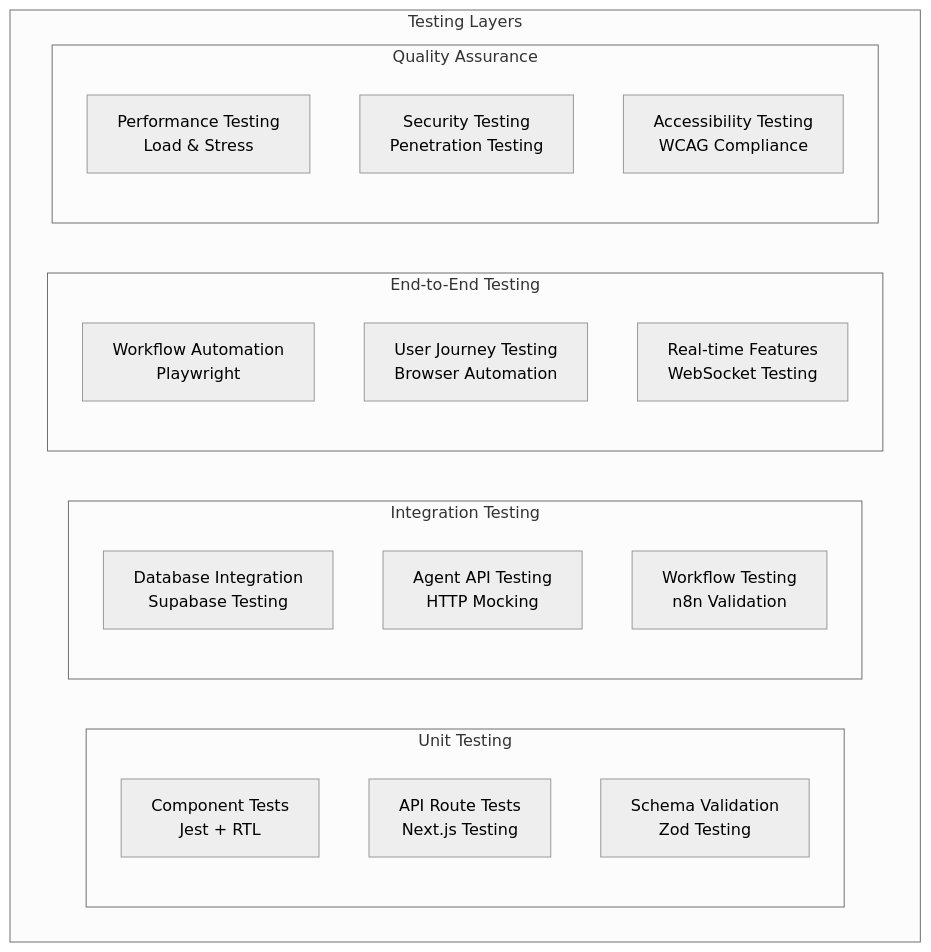
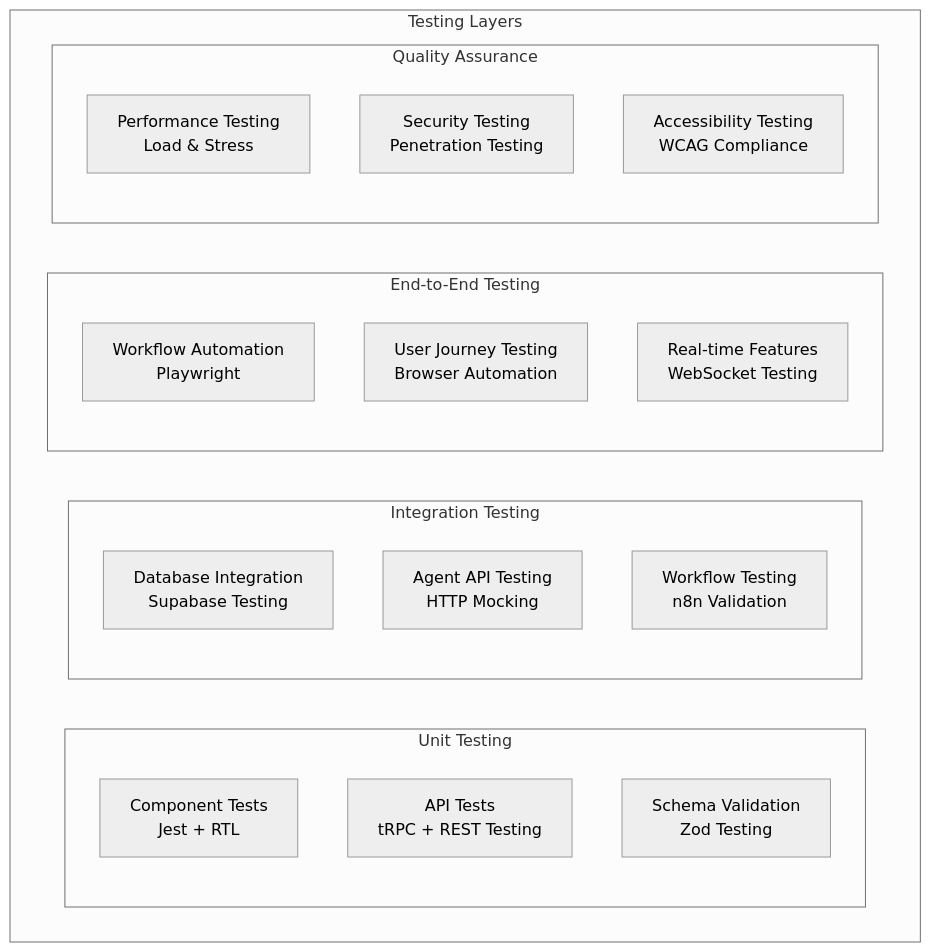
One commit to InspectHOA/rexera2 changed the diagram in docs/10_TEST_PLAN.md. Above: the diagram before and after it, drawn with Mermaid (neutral theme). The commit also changed other lines of this file and 21 other files, not shown here.

````diff
--- a/docs/10_TEST_PLAN.md
+++ b/docs/10_TEST_PLAN.md
@@ -13,28 +13,28 @@
 ```mermaid
 graph TB
     subgraph "Testing Layers"
         subgraph "Unit Testing"
             UT1[Component Tests<br/>Jest + RTL]
-            UT2[API Route Tests<br/>Next.js Testing]
+            UT2[API Tests<br/>tRPC + REST Testing]
             UT3[Schema Validation<br/>Zod Testing]
         end
         
         subgraph "Integration Testing"
             IT1[Database Integration<br/>Supabase Testing]
             IT2[Agent API Testing<br/>HTTP Mocking]
             IT3[Workflow Testing<br/>n8n Validation]
         end
         
         subgraph "End-to-End Testing"
             E2E1[Workflow Automation<br/>Playwright]
             E2E2[User Journey Testing<br/>Browser Automation]
             E2E3[Real-time Features<br/>WebSocket Testing]
         end
         
         subgraph "Quality Assurance"
             QA1[Performance Testing<br/>Load & Stress]
             QA2[Security Testing<br/>Penetration Testing]
             QA3[Accessibility Testing<br/>WCAG Compliance]
         end
     end
 ```
````
